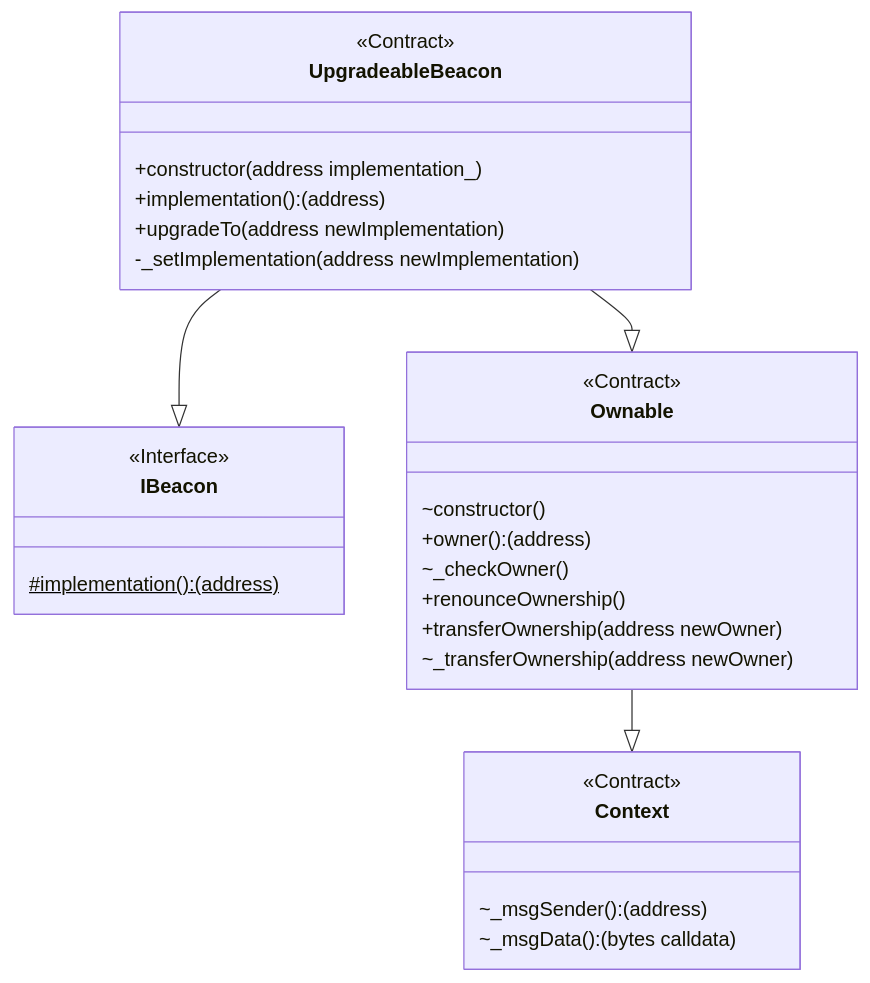
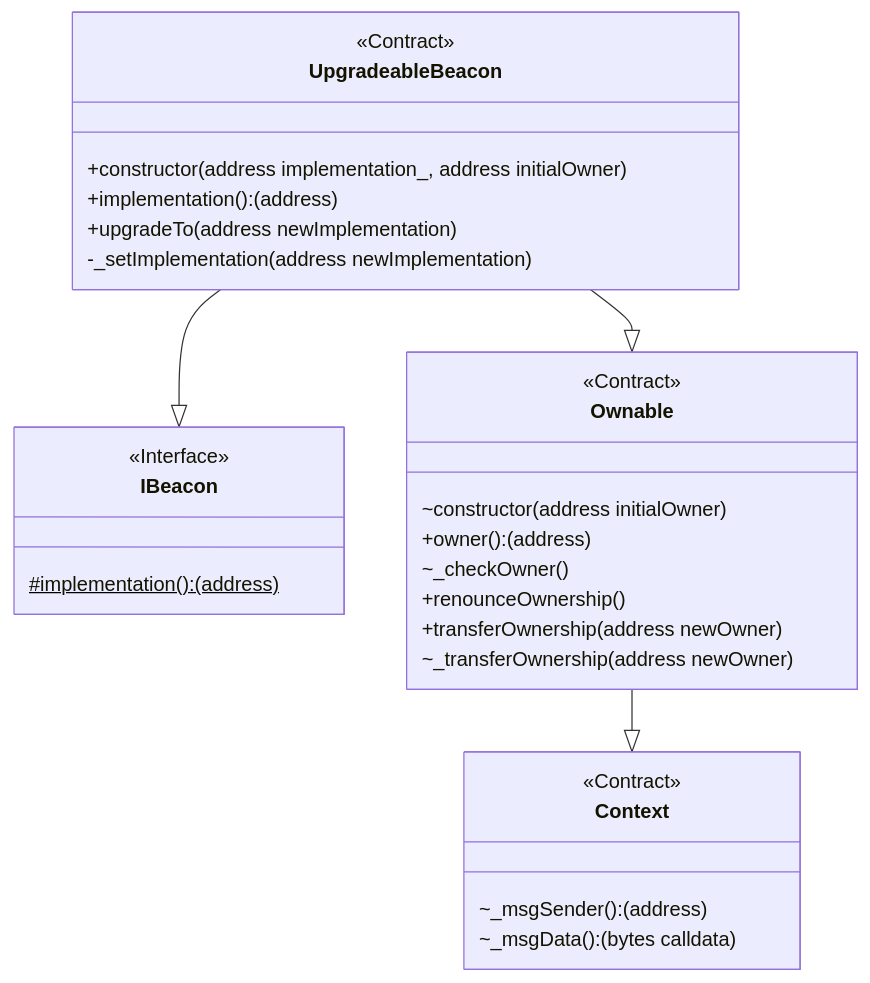
One commit to ernestognw/mermaid-contracts changed the diagram in generated/@openzeppelin/contracts/proxy/beacon/UpgradeableBeacon.mmd. Above: the diagram before and after it, drawn with Mermaid. The commit also changed 201 other files, not shown here.

```diff
--- a/generated/@openzeppelin/contracts/proxy/beacon/UpgradeableBeacon.mmd
+++ b/generated/@openzeppelin/contracts/proxy/beacon/UpgradeableBeacon.mmd
@@ -1,39 +1,39 @@
 classDiagram
-  %% 543:1496:2
+  %% 555:1663:2
   class UpgradeableBeacon {
     <<Contract>>
-    +constructor(address implementation_)
+    +constructor(address implementation_, address initialOwner)
     +implementation(): (address)
     +upgradeTo(address newImplementation)
     -_setImplementation(address newImplementation)
   }
   
   UpgradeableBeacon --|> IBeacon
   
-  %% 198:251:1
+  %% 214:257:1
   class IBeacon {
     <<Interface>>
     #implementation(): (address)$
   }
   
   UpgradeableBeacon --|> Ownable
   
-  %% 654:1968:0
+  %% 663:2438:0
   class Ownable {
     <<Contract>>
-    ~constructor()
+    ~constructor(address initialOwner)
     +owner(): (address)
     ~_checkOwner()
     +renounceOwnership()
     +transferOwnership(address newOwner)
     ~_transferOwnership(address newOwner)
   }
   
   Ownable --|> Context
   
-  %% 608:235:4
+  %% 624:235:3
   class Context {
     <<Contract>>
     ~_msgSender(): (address)
     ~_msgData(): (bytes calldata)
   }
```
